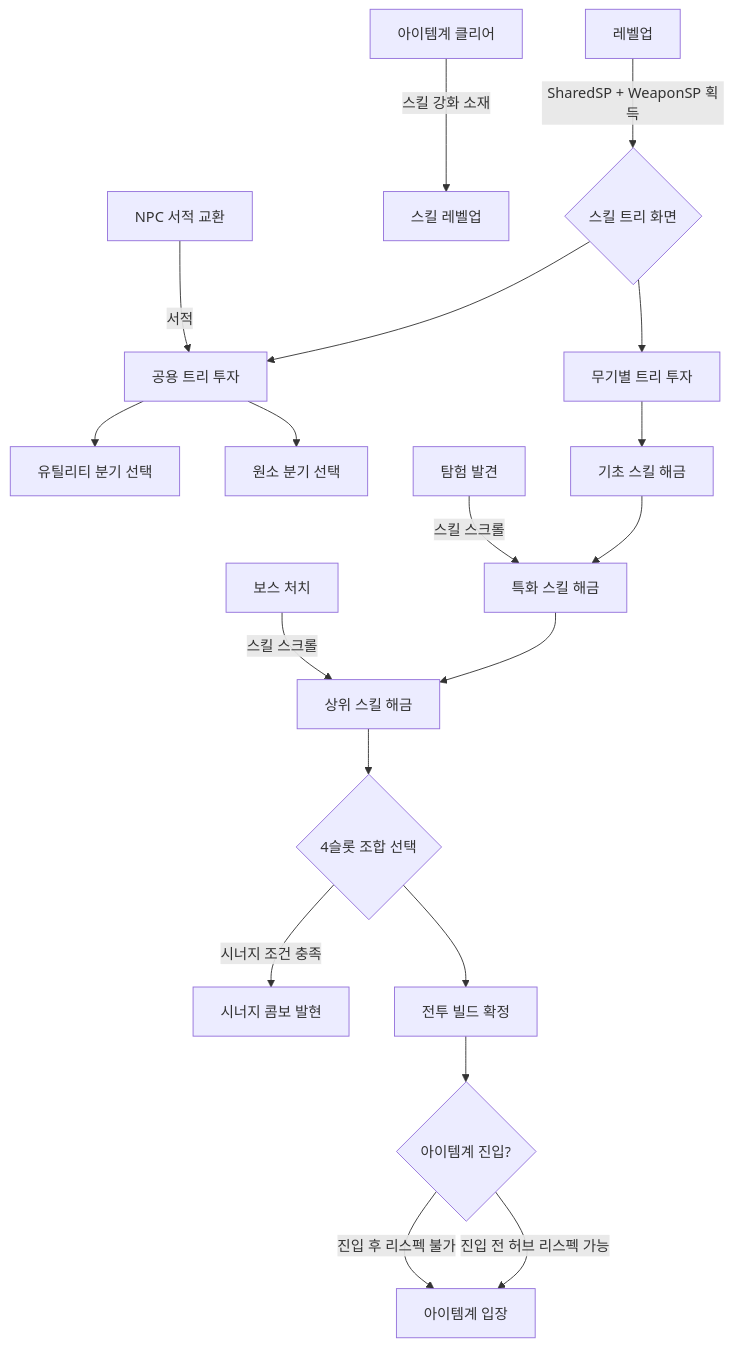
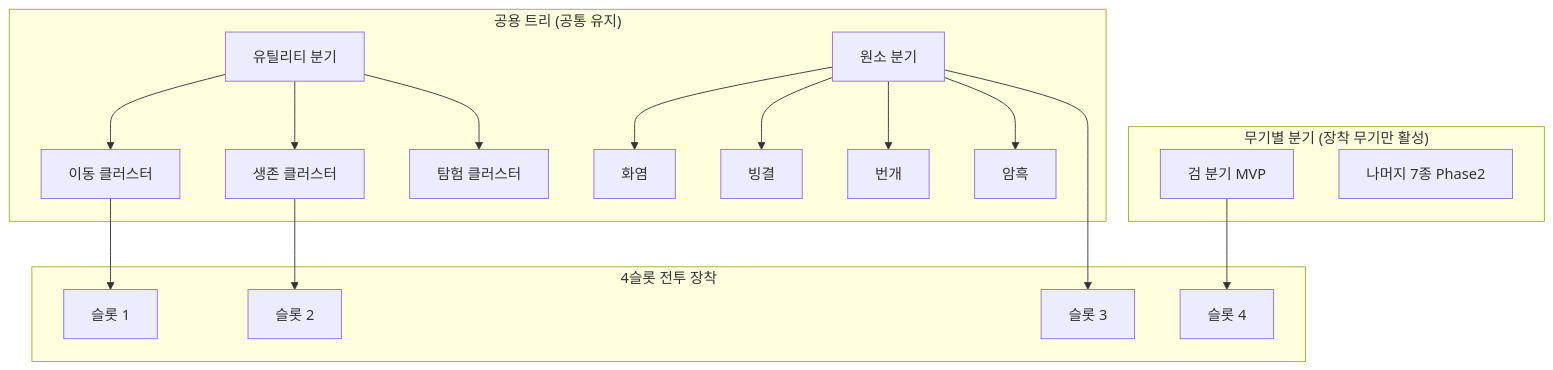
The first of 2 diagrams in Documents/System/System_Growth_SkillTree.md (Biskraft/ProjectAbyss), drawn with Mermaid before and after one commit. The commit also changed other lines of this file and 16 other files, not shown here.

First line of the commit message:
feat: first sword item world, boss, locked door, forge return sequence

````diff
--- a/Documents/System/System_Growth_SkillTree.md
+++ b/Documents/System/System_Growth_SkillTree.md
@@ -453,25 +143,31 @@
 ```mermaid
 graph TD
-    A[레벨업] -->|SharedSP + WeaponSP 획득| B{스킬 트리 화면}
-    B --> C[공용 트리 투자]
-    B --> D[무기별 트리 투자]
+    subgraph "공용 트리 (공통 유지)"
+        UT[유틸리티 분기]
+        EL[원소 분기]
+        UT --> MV[이동 클러스터]
+        UT --> SV[생존 클러스터]
+        UT --> EX[탐험 클러스터]
+        EL --> FR[화염]
+        EL --> IC[빙결]
+        EL --> LT[번개]
+        EL --> DK[암흑]
+    end
 
-    C --> C1[유틸리티 분기 선택]
-    C --> C2[원소 분기 선택]
+    subgraph "무기별 분기 (장착 무기만 활성)"
+        SW[검 분기 MVP]
+        WPN[나머지 7종 Phase2]
+    end
 
-    D --> D1[기초 스킬 해금]
-    D1 --> D2[특화 스킬 해금]
-    D2 --> D3[상위 스킬 해금]
+    subgraph "4슬롯 전투 장착"
+        S1[슬롯 1]
+        S2[슬롯 2]
+        S3[슬롯 3]
+        S4[슬롯 4]
+    end
 
-    E[보스 처치] -->|스킬 스크롤| D3
-    F[탐험 발견] -->|스킬 스크롤| D2
-    G[아이템계 클리어] -->|스킬 강화 소재| H[스킬 레벨업]
-    I[NPC 서적 교환] -->|서적| C
-
-    D3 --> J{4슬롯 조합 선택}
-    J -->|시너지 조건 충족| K[시너지 콤보 발현]
-    J --> L[전투 빌드 확정]
-    L --> M{아이템계 진입?}
-    M -->|진입 전 허브 리스펙 가능| N[아이템계 입장]
-    M -->|진입 후 리스펙 불가| N
+    MV --> S1
+    SV --> S2
+    EL --> S3
+    SW --> S4
 ```
````
